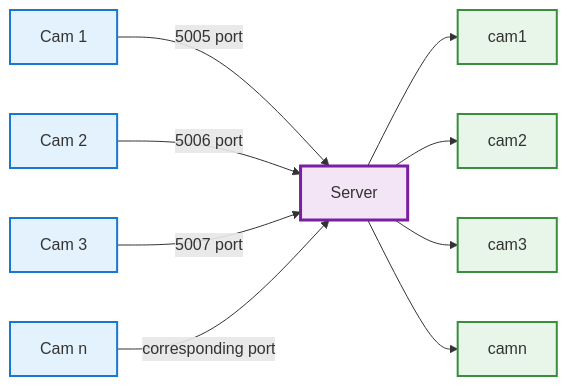
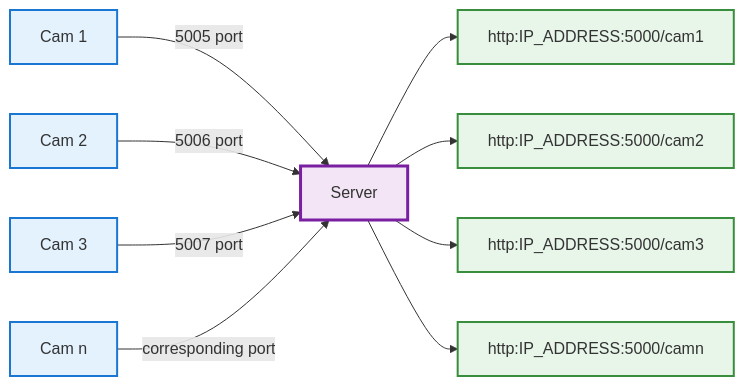
Before and after one commit to PolyU-ailab/Web_Server: the diagram in readme.md, drawn with Mermaid.

Commit message:
Update HTTP endpoint references in readme

````diff
--- a/readme.md
+++ b/readme.md
@@ -1,22 +1,22 @@
 ```mermaid
 flowchart LR
     %% Cameras section
     Cam1[Cam 1] -- 5005 port --> Server[Server]
     Cam2[Cam 2] -- 5006 port --> Server
     Cam3[Cam 3] -- 5007 port --> Server
     CamN[Cam n] -- corresponding port --> Server
 
     %% Server exposes HTTP endpoints
-    Server --> HTTP1[cam1]
-    Server --> HTTP2[cam2]
-    Server --> HTTP3[cam3]
-    Server --> HTTPN[camn]
+    Server --> HTTP1[http:IP_ADDRESS:5000/cam1]
+    Server --> HTTP2[http:IP_ADDRESS:5000/cam2]
+    Server --> HTTP3[http:IP_ADDRESS:5000/cam3]
+    Server --> HTTPN[http:IP_ADDRESS:5000/camn]
 
     classDef camera fill:#e3f2fd,stroke:#1976d2,stroke-width:2px;
     classDef server fill:#f3e5f5,stroke:#7b1fa2,stroke-width:3px;
     classDef endpoint fill:#e8f5e9,stroke:#388e3c,stroke-width:2px;
 
     class Cam1,Cam2,Cam3,CamN camera;
     class Server server;
     class HTTP1,HTTP2,HTTP3,HTTPN endpoint;
 ```
````
